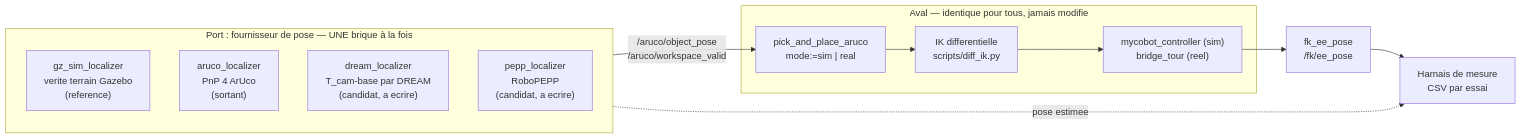
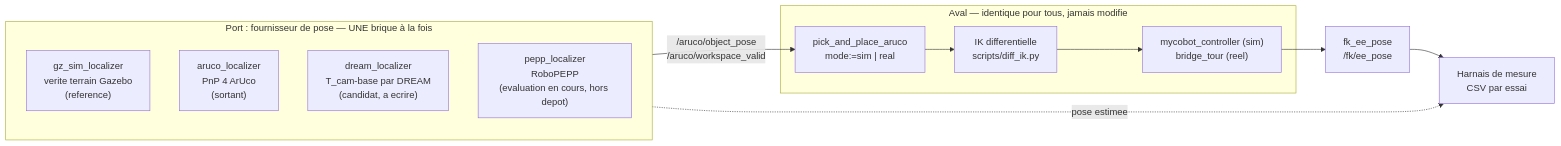
Before and after one commit to ABMI-software/mycobot_320pi_R6A: the diagram in docs/SPEC_VALIDATION_BRIQUES.md, drawn with Mermaid. The commit also changed other lines of this file and 1 other file, not shown here.

First line of the commit message:
docs(spec): RoboPEPP est en evaluation, la spec dit a quoi s y raccorder

````diff
--- a/docs/SPEC_VALIDATION_BRIQUES.md
+++ b/docs/SPEC_VALIDATION_BRIQUES.md
@@ -76,22 +76,22 @@
 ```mermaid
 flowchart LR
     subgraph SRC["Port : fournisseur de pose — UNE brique à la fois"]
         GT["gz_sim_localizer<br/>verite terrain Gazebo<br/>(reference)"]
         AR["aruco_localizer<br/>PnP 4 ArUco<br/>(sortant)"]
         DR["dream_localizer<br/>T_cam-base par DREAM<br/>(candidat, a ecrire)"]
-        RP["pepp_localizer<br/>RoboPEPP<br/>(candidat, a ecrire)"]
+        RP["pepp_localizer<br/>RoboPEPP<br/>(evaluation en cours, hors depot)"]
     end
     SRC -->|"/aruco/object_pose<br/>/aruco/workspace_valid"| PP
 
     subgraph AVAL["Aval — identique pour tous, jamais modifie"]
         PP["pick_and_place_aruco<br/>mode:=sim | real"]
         IK["IK differentielle<br/>scripts/diff_ik.py"]
         CTL["mycobot_controller (sim)<br/>bridge_tour (reel)"]
     end
     PP --> IK --> CTL
 
     FK["fk_ee_pose<br/>/fk/ee_pose"] --> MES
     CTL --> FK
     MES["Harnais de mesure<br/>CSV par essai"]
     SRC -.->|pose estimee| MES
 ```
````
